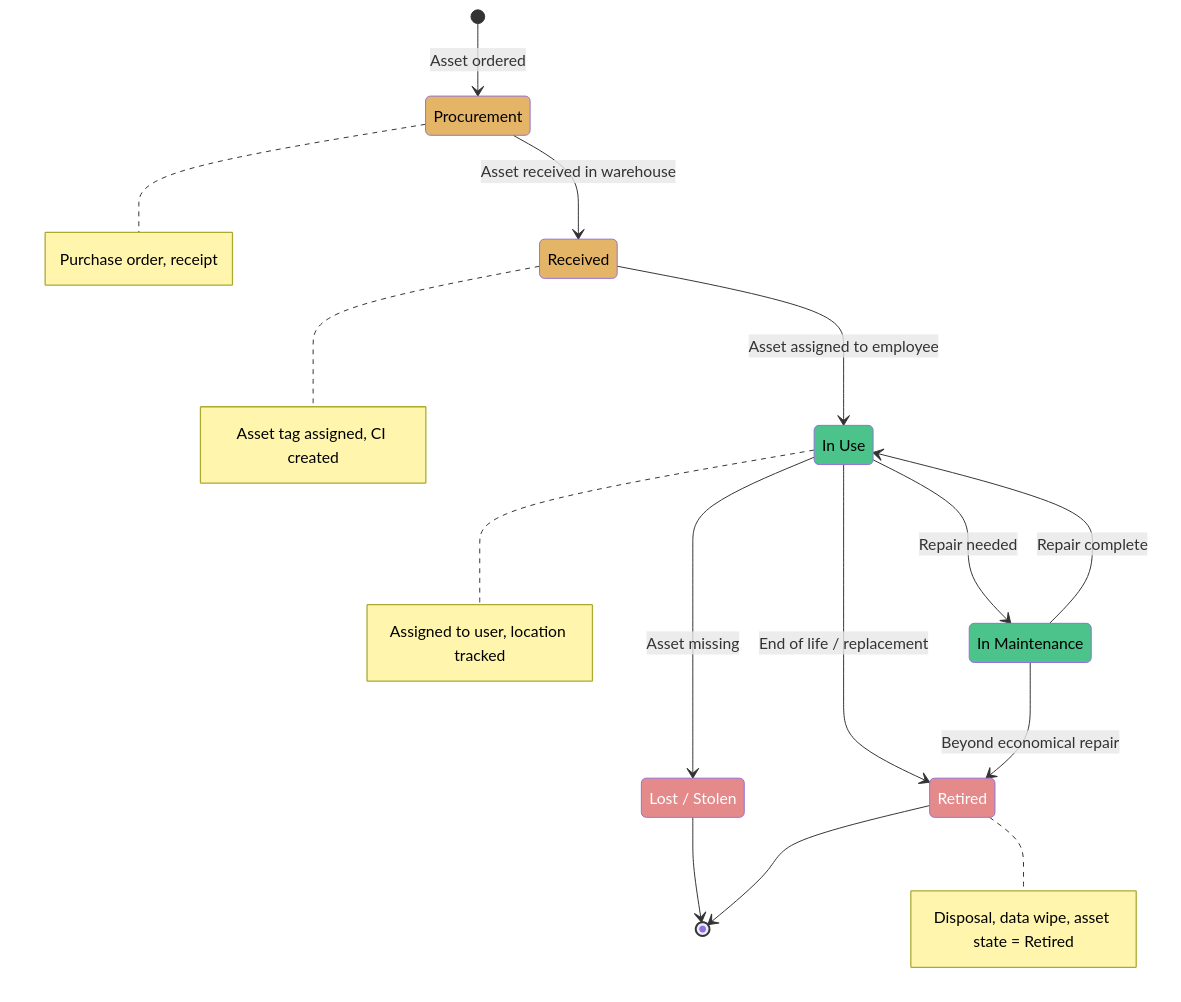
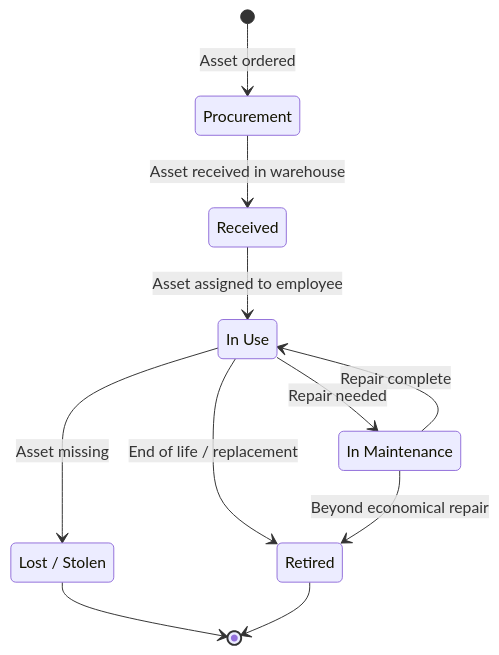
Before and after one commit to eltonaguiar/ServiceNow_Learning_TSOM-_CSM_FSM_SalesCRM_HAM_ITSM: the first of 9 diagrams in docs/modules/ham/ham-guide.md, drawn with Mermaid. The commit also changed other lines of this file and 15 other files, not shown here.

First line of the commit message:
Fix table rendering and broken diagrams across all guide pages

````diff
--- a/docs/modules/ham/ham-guide.md
+++ b/docs/modules/ham/ham-guide.md
@@ -136,29 +136,18 @@
 ```mermaid
 stateDiagram-v2
     state "In Use" as InUse
     state "In Maintenance" as InMaintenance
     state "Lost / Stolen" as LostStolen
 
     [*] --> Procurement : Asset ordered
     Procurement --> Received : Asset received in warehouse
     Received --> InUse : Asset assigned to employee
     InUse --> InMaintenance : Repair needed
     InMaintenance --> InUse : Repair complete
     InUse --> Retired : End of life / replacement
     InUse --> LostStolen : Asset missing
     LostStolen --> [*]
     Retired --> [*]
     InMaintenance --> Retired : Beyond economical repair
 
-    note right of Procurement: Purchase order, receipt
-    note right of Received: Asset tag assigned, CI created
-    note right of InUse: Assigned to user, location tracked
-    note right of Retired: Disposal, data wipe, asset state = Retired
-
-    classDef proc fill:#e5b567,color:#000
-    classDef live fill:#4cc38a,color:#000
-    classDef gone fill:#e58a8a,color:#fff
-    class Procurement,Received proc
-    class InUse,InMaintenance live
-    class Retired,LostStolen gone
 ```
````
